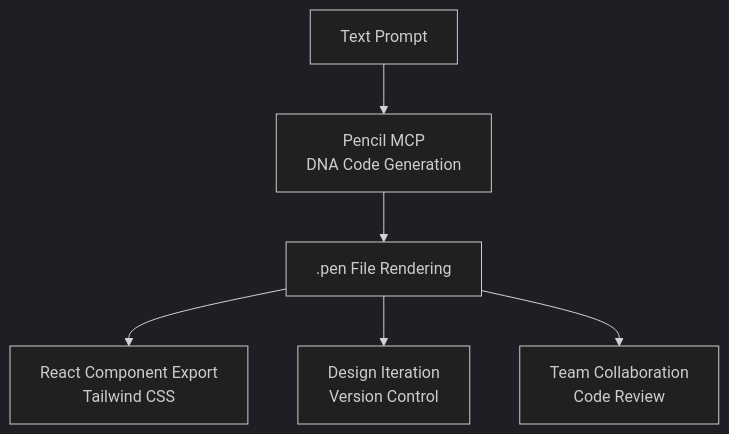
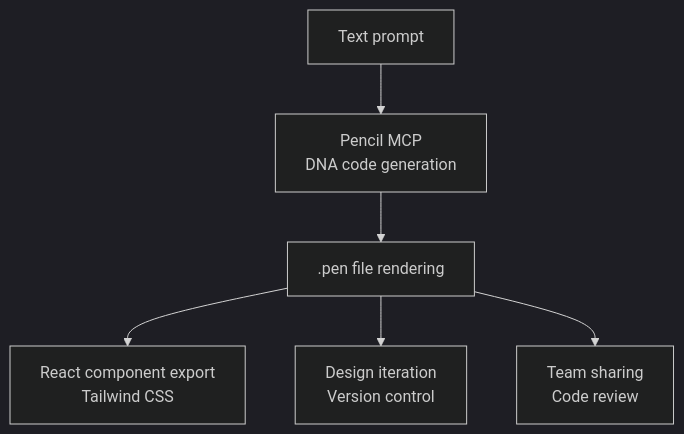
One commit to modu-ai/moai-adk changed the first of 4 diagrams in docs-site/content/en/advanced/pencil-guide.md. Above: the diagram before and after it, drawn with Mermaid (dark theme). The commit also changed other lines of this file and 395 other files, not shown here.

````diff
--- a/docs-site/content/en/advanced/pencil-guide.md
+++ b/docs-site/content/en/advanced/pencil-guide.md
@@ -17,8 +17,8 @@
 ```mermaid
 flowchart TD
-    A["Text Prompt"] --> B["Pencil MCP<br>DNA Code Generation"]
-    B --> C[".pen File Rendering"]
-    C --> D["React Component Export<br>Tailwind CSS"]
-    C --> E["Design Iteration<br>Version Control"]
-    C --> F["Team Collaboration<br>Code Review"]
+    A["Text prompt"] --> B["Pencil MCP<br>DNA code generation"]
+    B --> C[".pen file rendering"]
+    C --> D["React component export<br>Tailwind CSS"]
+    C --> E["Design iteration<br>Version control"]
+    C --> F["Team sharing<br>Code review"]
 ```
````
